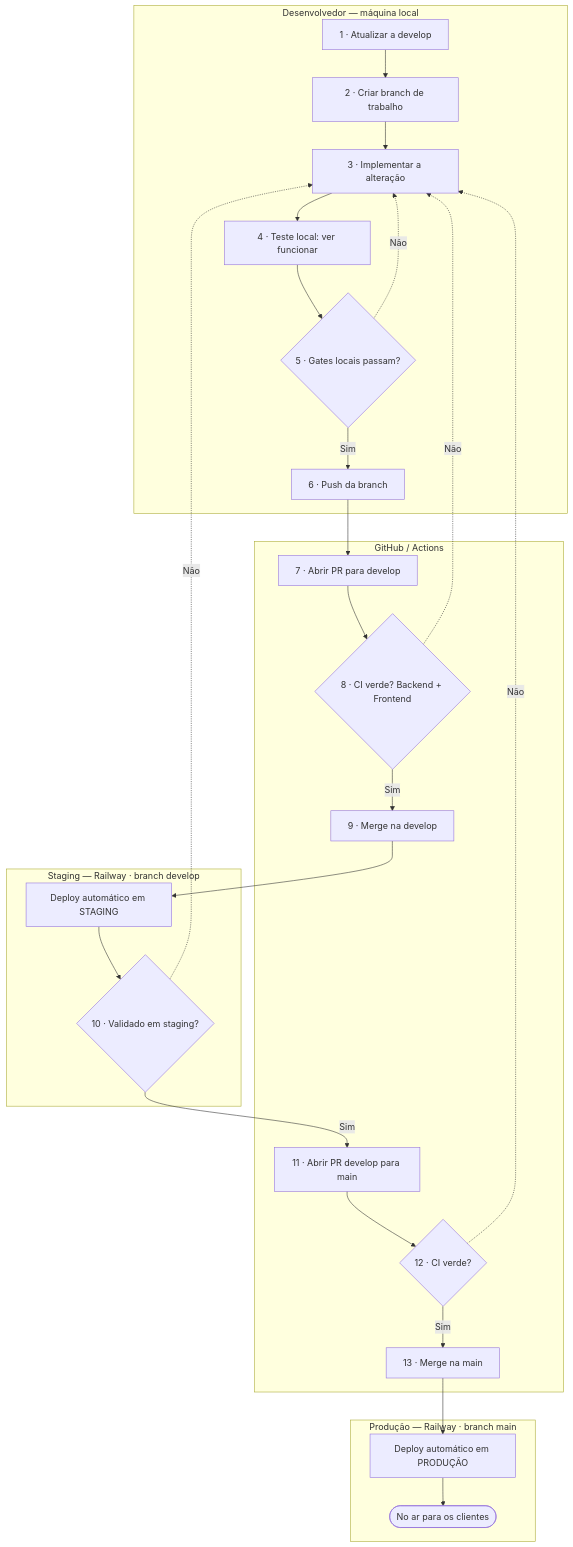
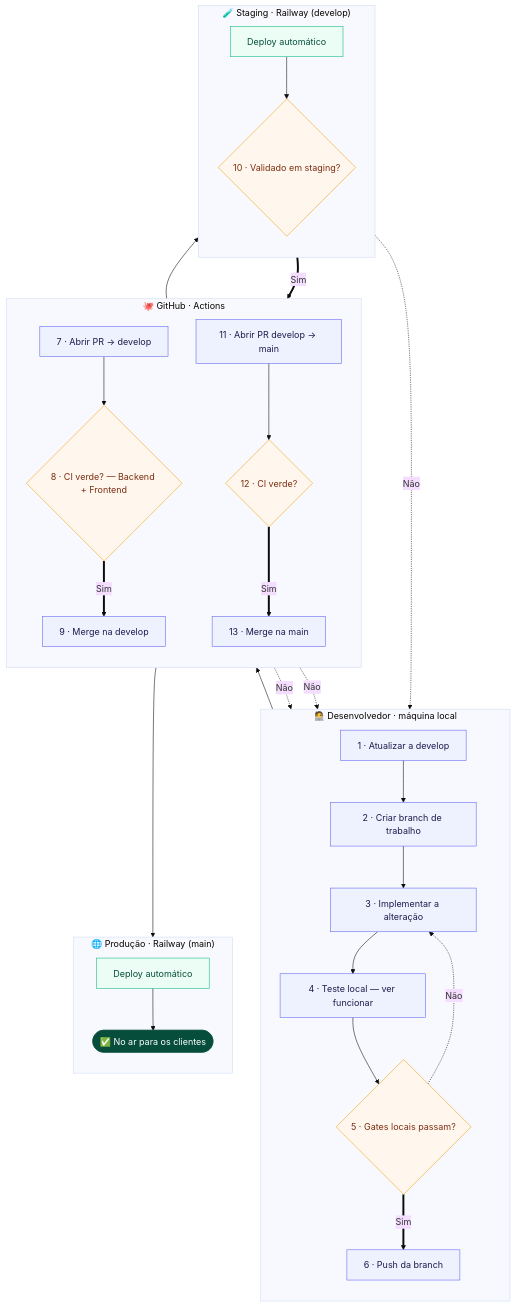
Before and after one commit to jgabrielflores/marcenaria-api: the second of 2 diagrams in docs/fluxo-de-trabalho.md, drawn with Mermaid. The commit also changed other lines of this file, not shown here.

Commit message:
docs: polish workflow diagrams (color classes, swimlane styling)

````diff
--- a/docs/fluxo-de-trabalho.md
+++ b/docs/fluxo-de-trabalho.md
@@ -130,44 +132,59 @@
 ```mermaid
+%%{init: {'theme': 'base'}}%%
 flowchart TD
-    subgraph DEV["Desenvolvedor — máquina local"]
+    classDef step fill:#eef2ff,stroke:#6366f1,color:#1e1b4b;
+    classDef decision fill:#fff7ed,stroke:#f59e0b,color:#7c2d12;
+    classDef deploy fill:#ecfdf5,stroke:#10b981,color:#064e3b;
+    classDef done fill:#064e3b,stroke:#064e3b,color:#ffffff;
+
+    subgraph DEV["🧑‍💻 Desenvolvedor · máquina local"]
+        direction TB
         A["1 · Atualizar a develop"]
         B["2 · Criar branch de trabalho"]
         C["3 · Implementar a alteração"]
-        D["4 · Teste local: ver funcionar"]
+        D["4 · Teste local — ver funcionar"]
         E{"5 · Gates locais passam?"}
         F["6 · Push da branch"]
     end
 
-    subgraph GH["GitHub / Actions"]
-        G["7 · Abrir PR para develop"]
-        H{"8 · CI verde? Backend + Frontend"}
+    subgraph GH["🐙 GitHub · Actions"]
+        direction TB
+        G["7 · Abrir PR → develop"]
+        H{"8 · CI verde? — Backend + Frontend"}
         I["9 · Merge na develop"]
-        N["11 · Abrir PR develop para main"]
+        N["11 · Abrir PR develop → main"]
         O{"12 · CI verde?"}
         P["13 · Merge na main"]
     end
 
-    subgraph STG["Staging — Railway · branch develop"]
-        J["Deploy automático em STAGING"]
+    subgraph STG["🧪 Staging · Railway (develop)"]
+        direction TB
+        J["Deploy automático"]
         K{"10 · Validado em staging?"}
     end
 
-    subgraph PRD["Produção — Railway · branch main"]
-        Q["Deploy automático em PRODUÇÃO"]
-        R(["No ar para os clientes"])
+    subgraph PRD["🌐 Produção · Railway (main)"]
+        direction TB
+        Q["Deploy automático"]
+        R(["✅ No ar para os clientes"])
     end
 
     A --> B --> C --> D --> E
-    E -.->|"Não"| C
-    E -->|"Sim"| F
+    E -. "Não" .-> C
+    E == "Sim" ==> F
     F --> G --> H
-    H -.->|"Não"| C
-    H -->|"Sim"| I
+    H -. "Não" .-> C
+    H == "Sim" ==> I
     I --> J --> K
-    K -.->|"Não"| C
-    K -->|"Sim"| N
+    K -. "Não" .-> C
+    K == "Sim" ==> N
     N --> O
-    O -.->|"Não"| C
-    O -->|"Sim"| P
+    O -. "Não" .-> C
+    O == "Sim" ==> P
     P --> Q --> R
+
+    class A,B,C,D,F,G,I,N,P step
+    class E,H,K,O decision
+    class J,Q deploy
+    class R done
 ```
````
